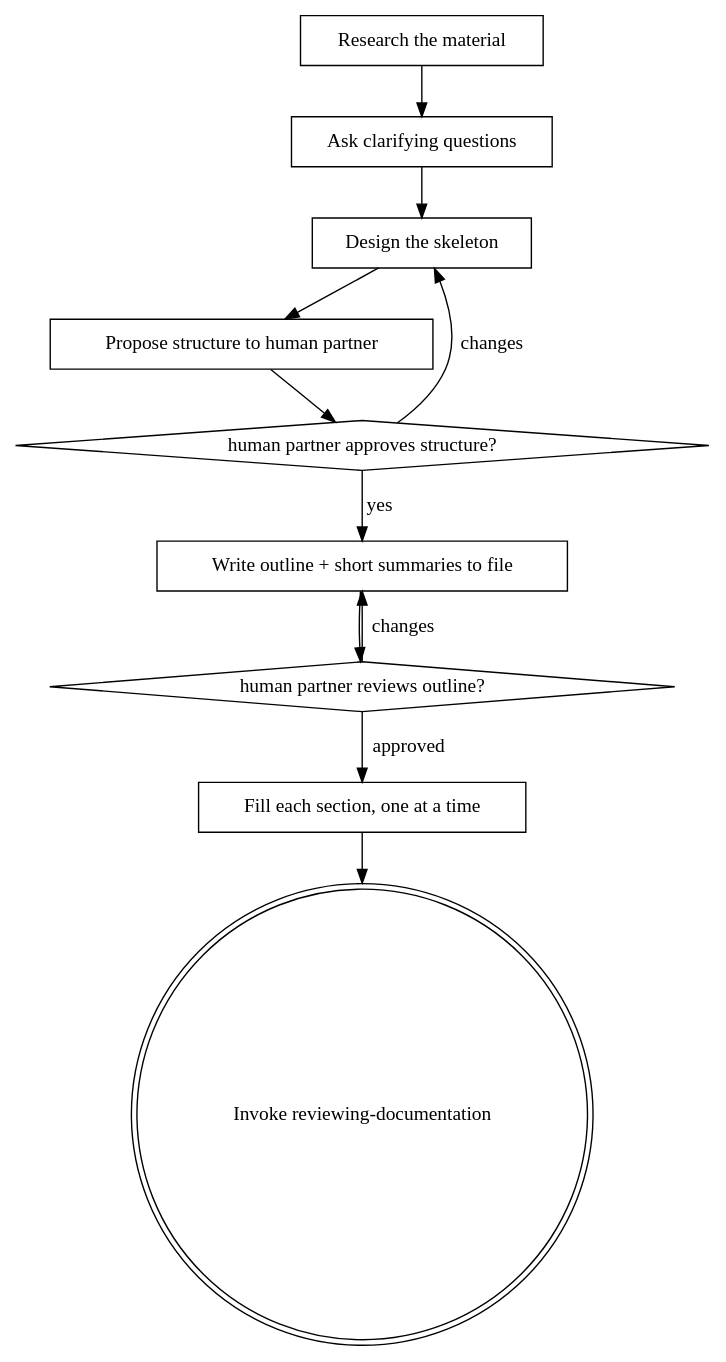
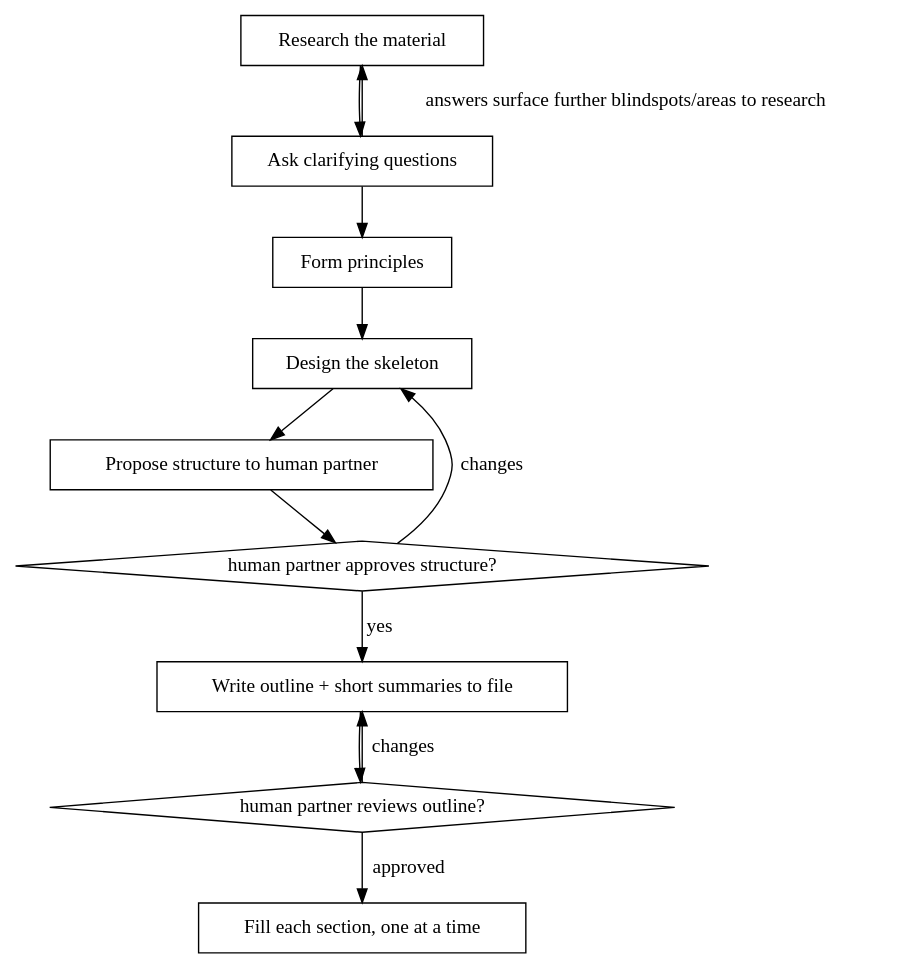
One commit to noahzuch/nessy changed the diagram in skills/writing-documentation/SKILL.md. Above: the diagram before and after it, drawn with Graphviz. The commit also changed other lines of this file and 1 other file, not shown here.

Commit message:
writing documentation

````diff
--- a/skills/writing-documentation/SKILL.md
+++ b/skills/writing-documentation/SKILL.md
@@ -30,24 +39,25 @@
 ```dot
 digraph writing_documentation {
     "Research the material" [shape=box];
     "Ask clarifying questions" [shape=box];
+    "Form principles" [shape=box];
     "Design the skeleton" [shape=box];
     "Propose structure to human partner" [shape=box];
     "human partner approves structure?" [shape=diamond];
     "Write outline + short summaries to file" [shape=box];
     "human partner reviews outline?" [shape=diamond];
     "Fill each section, one at a time" [shape=box];
-    "Invoke reviewing-documentation" [shape=doublecircle];
 
     "Research the material" -> "Ask clarifying questions";
-    "Ask clarifying questions" -> "Design the skeleton";
+    "Ask clarifying questions" -> "Research the material" [label="answers surface further blindspots/areas to research"];
+    "Ask clarifying questions" -> "Form principles";
+    "Form principles" -> "Design the skeleton";
     "Design the skeleton" -> "Propose structure to human partner";
     "Propose structure to human partner" -> "human partner approves structure?";
     "human partner approves structure?" -> "Design the skeleton" [label="changes"];
     "human partner approves structure?" -> "Write outline + short summaries to file" [label="yes"];
     "Write outline + short summaries to file" -> "human partner reviews outline?";
     "human partner reviews outline?" -> "Write outline + short summaries to file" [label="changes"];
     "human partner reviews outline?" -> "Fill each section, one at a time" [label="approved"];
-    "Fill each section, one at a time" -> "Invoke reviewing-documentation";
 }
 ```
````
